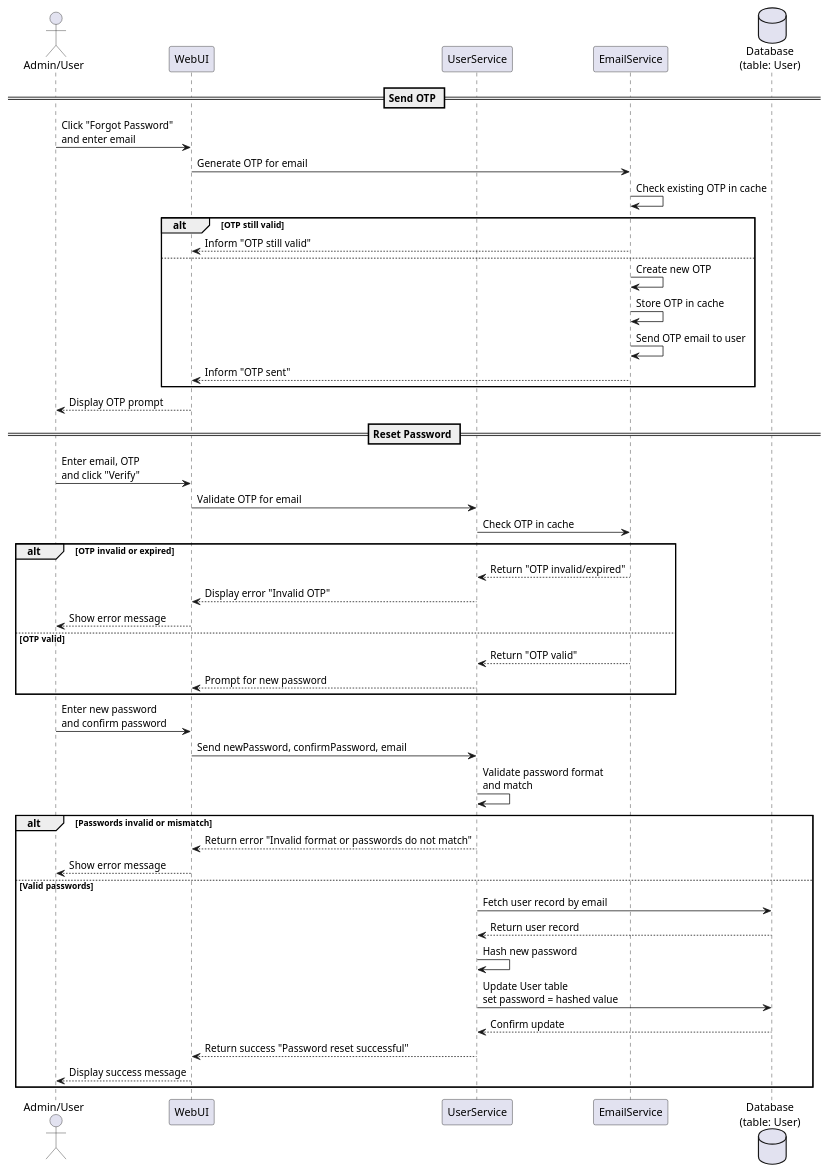
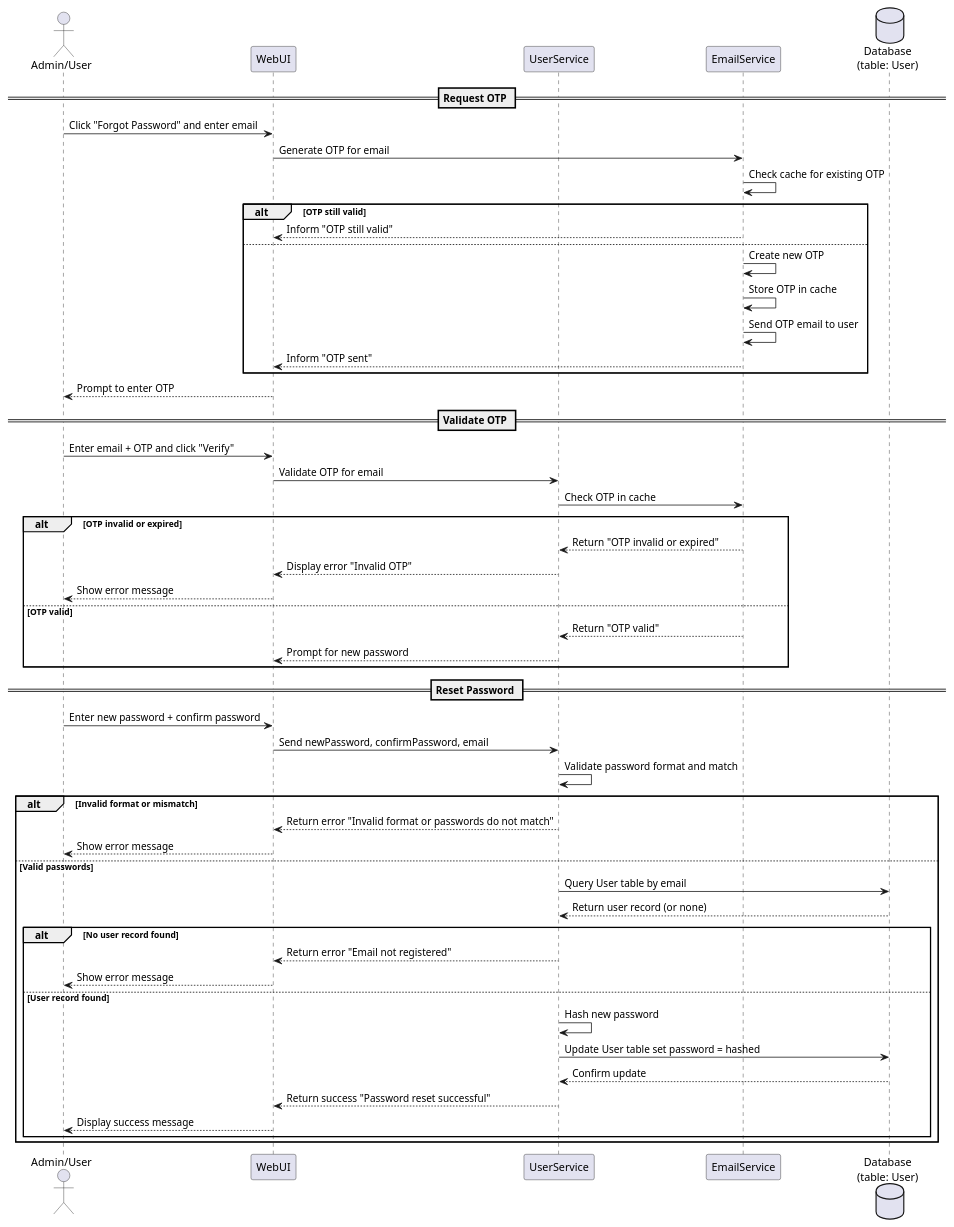
Before and after one commit to twicelike/project-newjeans: the diagram in diagram/Reset_Password.md, drawn with PlantUML.

Commit message:
change reset password

````diff
--- a/diagram/Reset_Password.md
+++ b/diagram/Reset_Password.md
@@ -1,52 +1,58 @@
 ```uml
 @startuml
 actor "Admin/User" as Actor
 participant WebUI
 participant UserService
 participant EmailService
 database "Database\n(table: User)" as Database
 
-== Send OTP ==
-Actor -> WebUI          : Click "Forgot Password"\nand enter email
-WebUI -> EmailService   : Generate OTP for email
-EmailService -> EmailService : Check existing OTP in cache
+== Request OTP ==
+Actor -> WebUI               : Click "Forgot Password" and enter email
+WebUI -> EmailService        : Generate OTP for email
+EmailService -> EmailService : Check cache for existing OTP
 alt OTP still valid
-    EmailService --> WebUI : Inform "OTP still valid"
+    EmailService --> WebUI   : Inform "OTP still valid"
 else
     EmailService -> EmailService : Create new OTP
     EmailService -> EmailService : Store OTP in cache
     EmailService -> EmailService : Send OTP email to user
-    EmailService --> WebUI : Inform "OTP sent"
+    EmailService --> WebUI   : Inform "OTP sent"
 end
-WebUI --> Actor        : Display OTP prompt
+WebUI --> Actor              : Prompt to enter OTP
+
+== Validate OTP ==
+Actor -> WebUI               : Enter email + OTP and click "Verify"
+WebUI -> UserService         : Validate OTP for email
+UserService -> EmailService  : Check OTP in cache
+alt OTP invalid or expired
+    EmailService --> UserService : Return "OTP invalid or expired"
+    UserService --> WebUI        : Display error "Invalid OTP"
+    WebUI --> Actor              : Show error message
+else OTP valid
+    EmailService --> UserService : Return "OTP valid"
+    UserService --> WebUI        : Prompt for new password
+end
 
 == Reset Password ==
-Actor -> WebUI          : Enter email, OTP\nand click "Verify"
-WebUI -> UserService    : Validate OTP for email
-UserService -> EmailService : Check OTP in cache
-alt OTP invalid or expired
-    EmailService --> UserService : Return "OTP invalid/expired"
-    UserService --> WebUI       : Display error "Invalid OTP"
-    WebUI --> Actor             : Show error message
-else OTP valid
-    EmailService --> UserService : Return "OTP valid"
-    UserService --> WebUI       : Prompt for new password
-end
-
-Actor -> WebUI          : Enter new password\nand confirm password
-WebUI -> UserService    : Send newPassword, confirmPassword, email
-UserService -> UserService : Validate password format\nand match
-alt Passwords invalid or mismatch
-    UserService --> WebUI : Return error "Invalid format or passwords do not match"
-    WebUI --> Actor       : Show error message
+Actor -> WebUI               : Enter new password + confirm password
+WebUI -> UserService         : Send newPassword, confirmPassword, email
+UserService -> UserService   : Validate password format and match
+alt Invalid format or mismatch
+    UserService --> WebUI    : Return error "Invalid format or passwords do not match"
+    WebUI --> Actor          : Show error message
 else Valid passwords
-    UserService -> Database  : Fetch user record by email
-    Database --> UserService : Return user record
-    UserService -> UserService : Hash new password
-    UserService -> Database  : Update User table\nset password = hashed value
-    Database --> UserService : Confirm update
-    UserService --> WebUI    : Return success "Password reset successful"
-    WebUI --> Actor          : Display success message
+    UserService -> Database   : Query User table by email
+    Database --> UserService  : Return user record (or none)
+    alt No user record found
+        UserService --> WebUI : Return error "Email not registered"
+        WebUI --> Actor       : Show error message
+    else User record found
+        UserService -> UserService : Hash new password
+        UserService -> Database     : Update User table set password = hashed
+        Database --> UserService    : Confirm update
+        UserService --> WebUI       : Return success "Password reset successful"
+        WebUI --> Actor             : Display success message
+    end
 end
 @enduml
 ```
````
